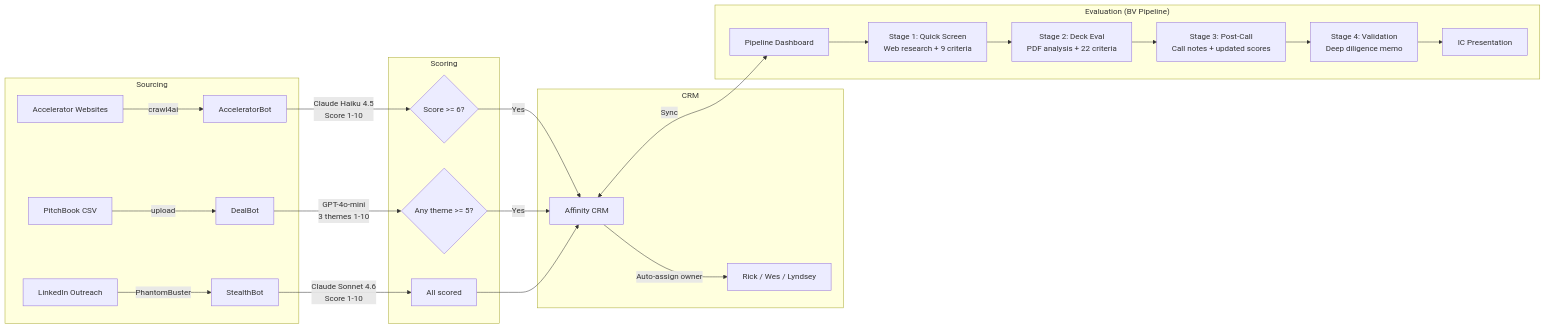
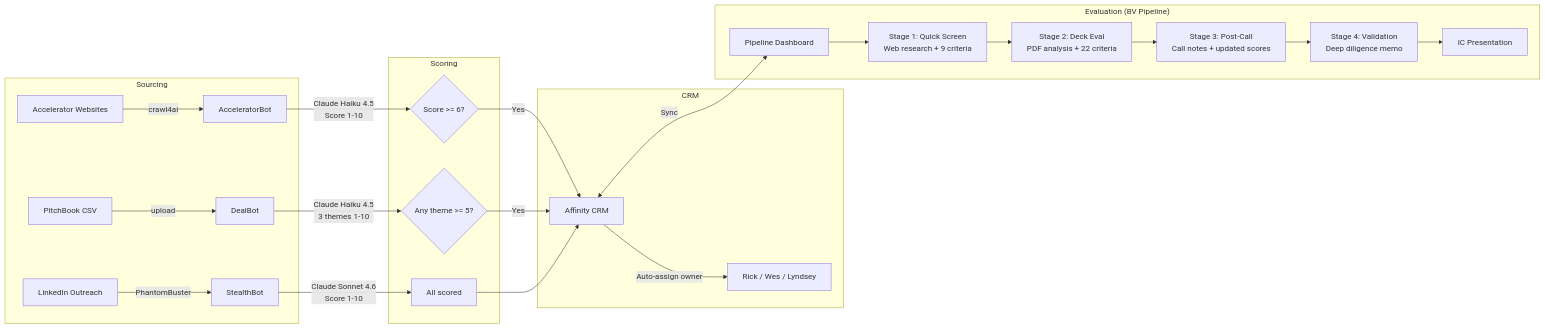
Before and after one commit to BV-Eng/bv-engineering-docs: the diagram in diagrams/deal-flow.md, drawn with Mermaid. The commit also changed other lines of this file and 11 other files, not shown here.

````diff
--- a/diagrams/deal-flow.md
+++ b/diagrams/deal-flow.md
@@ -5,30 +5,30 @@
 ```mermaid
 flowchart LR
     subgraph "Sourcing"
         A1[Accelerator Websites] -->|crawl4ai| AB[AcceleratorBot]
         A2[PitchBook CSV] -->|upload| DB[DealBot]
         A3[LinkedIn Outreach] -->|PhantomBuster| SB[StealthBot]
     end
 
     subgraph "Scoring"
         AB -->|Claude Haiku 4.5<br/>Score 1-10| F1{Score >= 6?}
-        DB -->|GPT-4o-mini<br/>3 themes 1-10| F2{Any theme >= 5?}
+        DB -->|Claude Haiku 4.5<br/>3 themes 1-10| F2{Any theme >= 5?}
         SB -->|Claude Sonnet 4.6<br/>Score 1-10| F3[All scored]
     end
 
     subgraph "CRM"
         F1 -->|Yes| AFF[Affinity CRM]
         F2 -->|Yes| AFF
         F3 --> AFF
         AFF -->|Auto-assign owner| OWN[Rick / Wes / Lyndsey]
     end
 
     subgraph "Evaluation (BV Pipeline)"
         AFF <-->|Sync| PIPE[Pipeline Dashboard]
         PIPE --> QS[Stage 1: Quick Screen<br/>Web research + 9 criteria]
         QS --> DE[Stage 2: Deck Eval<br/>PDF analysis + 22 criteria]
         DE --> PC[Stage 3: Post-Call<br/>Call notes + updated scores]
         PC --> VAL[Stage 4: Validation<br/>Deep diligence memo]
         VAL --> IC[IC Presentation]
     end
 ```
````
